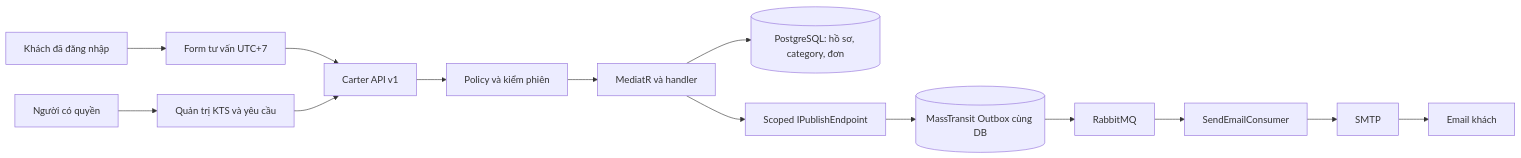
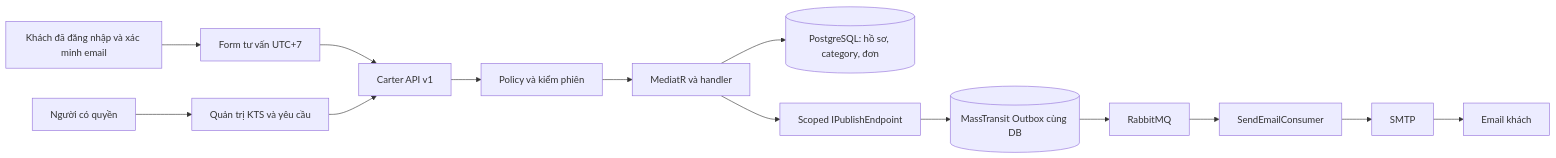
The first of 6 diagrams in tdd/TDD-CONSULT-001.md (TaskCoper/bmt-documentation), drawn with Mermaid before and after one commit. The commit also changed other lines of this file and 6 other files, not shown here.

````diff
--- a/tdd/TDD-CONSULT-001.md
+++ b/tdd/TDD-CONSULT-001.md
@@ -130,16 +130,16 @@
 ```mermaid
 flowchart LR
-    C[Khách đã đăng nhập] --> F[Form tư vấn UTC+7]
+    C[Khách đã đăng nhập và xác minh email] --> F[Form tư vấn UTC+7]
     A[Người có quyền] --> M[Quản trị KTS và yêu cầu]
     F --> API[Carter API v1]
     M --> API
     API --> AUTH[Policy và kiểm phiên]
     AUTH --> H[MediatR và handler]
     H --> DB[(PostgreSQL: hồ sơ, category, đơn)]
     H --> PUB[Scoped IPublishEndpoint]
     PUB --> OB[(MassTransit Outbox cùng DB)]
     OB --> BUS[RabbitMQ]
     BUS --> CON[SendEmailConsumer]
     CON --> SMTP[SMTP]
     SMTP --> MAIL[Email khách]
 ```
````
